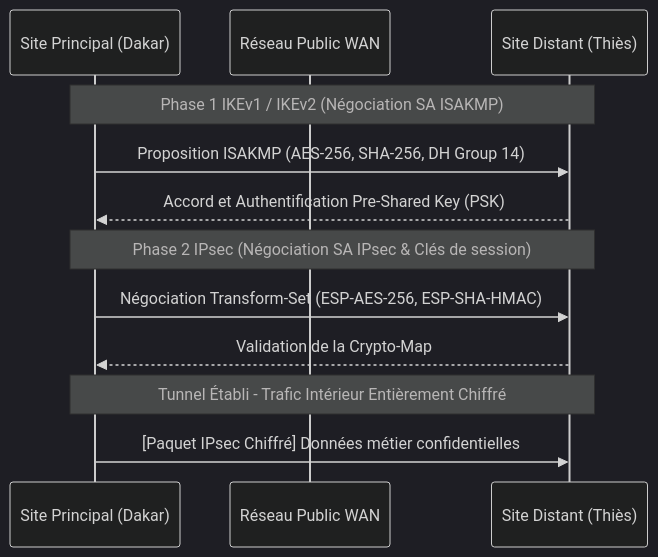
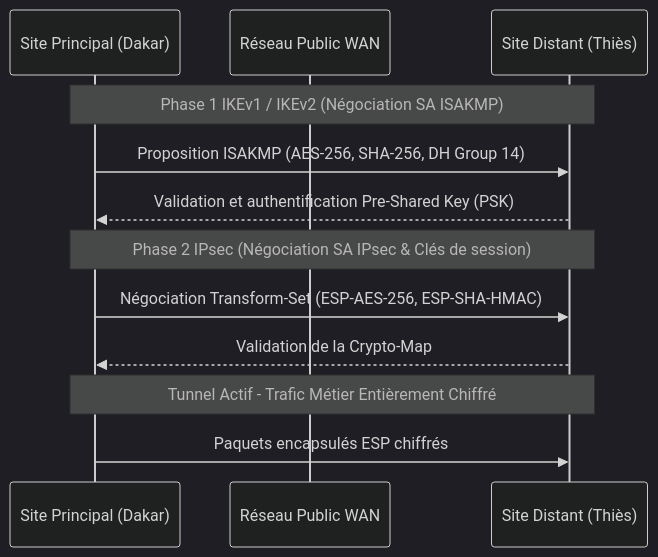
One commit to Jiraya931/Professionnel changed the diagram in 03-Securite-Systemes-Reseaux/README.md. Above: the diagram before and after it, drawn with Mermaid (dark theme). The commit also changed other lines of this file and 5 other files, not shown here.

````diff
--- a/03-Securite-Systemes-Reseaux/README.md
+++ b/03-Securite-Systemes-Reseaux/README.md
@@ -30,17 +30,17 @@
 ```mermaid
 sequenceDiagram
     participant SiteA as Site Principal (Dakar)
     participant Cloud as Réseau Public WAN
     participant SiteB as Site Distant (Thiès)
 
     Note over SiteA,SiteB: Phase 1 IKEv1 / IKEv2 (Négociation SA ISAKMP)
     SiteA->>SiteB: Proposition ISAKMP (AES-256, SHA-256, DH Group 14)
-    SiteB-->>SiteA: Accord et Authentification Pre-Shared Key (PSK)
+    SiteB-->>SiteA: Validation et authentification Pre-Shared Key (PSK)
     
     Note over SiteA,SiteB: Phase 2 IPsec (Négociation SA IPsec & Clés de session)
     SiteA->>SiteB: Négociation Transform-Set (ESP-AES-256, ESP-SHA-HMAC)
     SiteB-->>SiteA: Validation de la Crypto-Map
     
-    Note over SiteA,SiteB: Tunnel Établi - Trafic Intérieur Entièrement Chiffré
-    SiteA->>SiteB: [Paquet IPsec Chiffré] Données métier confidentielles
+    Note over SiteA,SiteB: Tunnel Actif - Trafic Métier Entièrement Chiffré
+    SiteA->>SiteB: Paquets encapsulés ESP chiffrés
 ```
````
